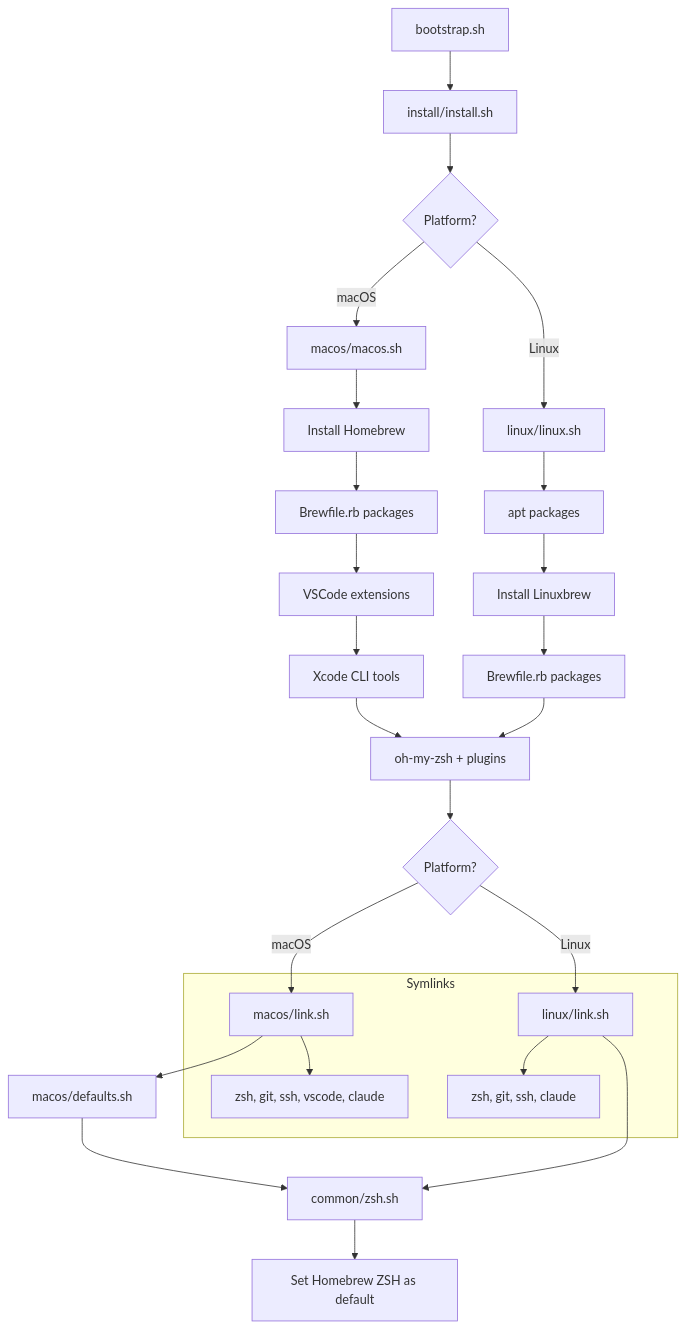
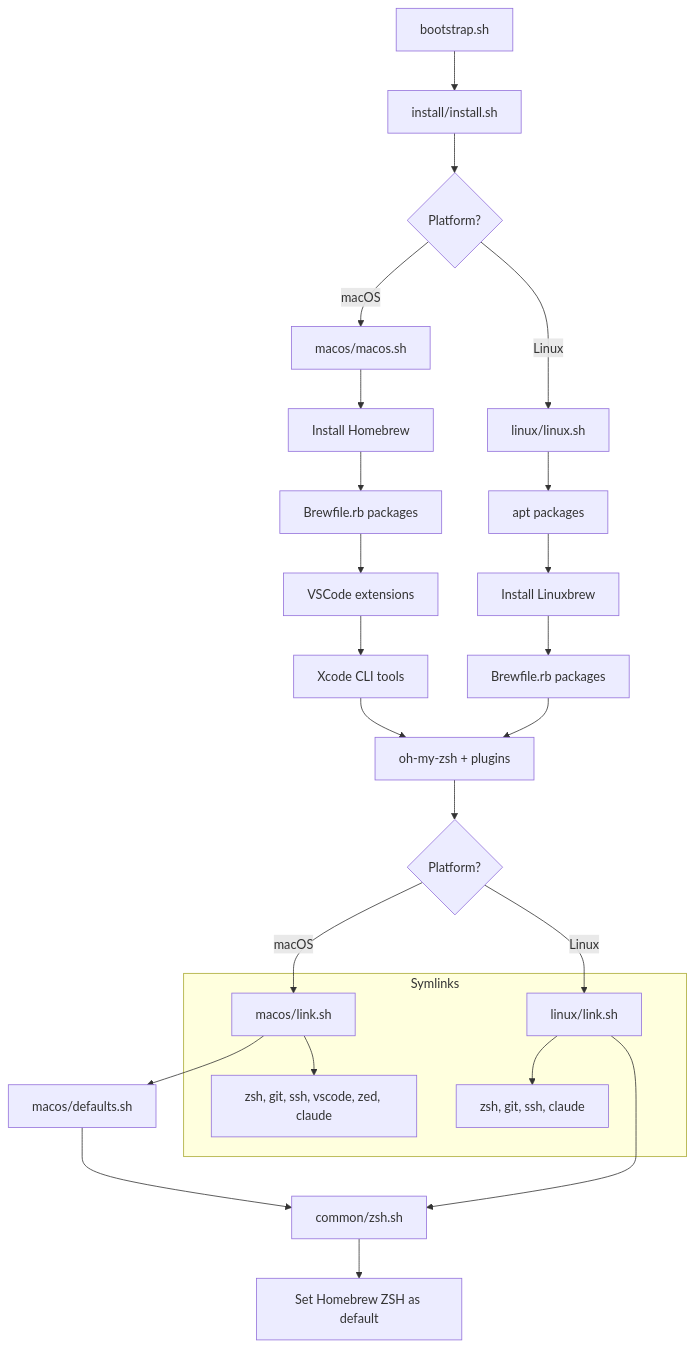
One commit to taloncjones/dotfiles changed the diagram in README.md. Above: the diagram before and after it, drawn with Mermaid. The commit also changed other lines of this file and 1 other file, not shown here.

Commit message:
docs: Document zed managed settings and account pinning

````diff
--- a/README.md
+++ b/README.md
@@ -67,34 +67,34 @@
 ```mermaid
 flowchart TD
     A[bootstrap.sh] --> B[install/install.sh]
     B --> C{Platform?}
 
     C -->|macOS| D[macos/macos.sh]
     D --> D1[Install Homebrew]
     D1 --> D2[Brewfile.rb packages]
     D2 --> D3[VSCode extensions]
     D3 --> D4[Xcode CLI tools]
 
     C -->|Linux| E[linux/linux.sh]
     E --> E1[apt packages]
     E1 --> E2[Install Linuxbrew]
     E2 --> E3[Brewfile.rb packages]
 
     D4 --> F[oh-my-zsh + plugins]
     E3 --> F
 
     F --> G{Platform?}
     G -->|macOS| H[macos/link.sh]
     G -->|Linux| I[linux/link.sh]
 
     H --> J[macos/defaults.sh]
     J --> K[common/zsh.sh]
     I --> K
 
     K --> L[Set Homebrew ZSH as default]
 
     subgraph "Symlinks"
-        H --> H1[zsh, git, ssh, vscode, claude]
+        H --> H1[zsh, git, ssh, vscode, zed, claude]
         I --> I1[zsh, git, ssh, claude]
     end
 ```
````
